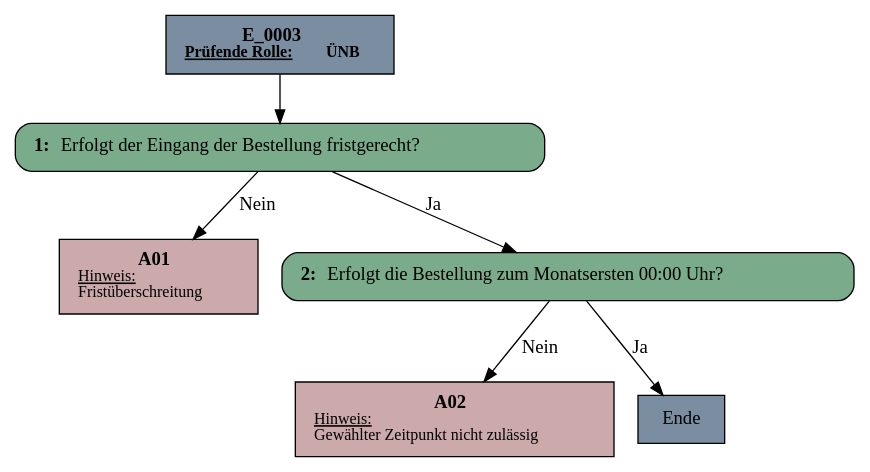
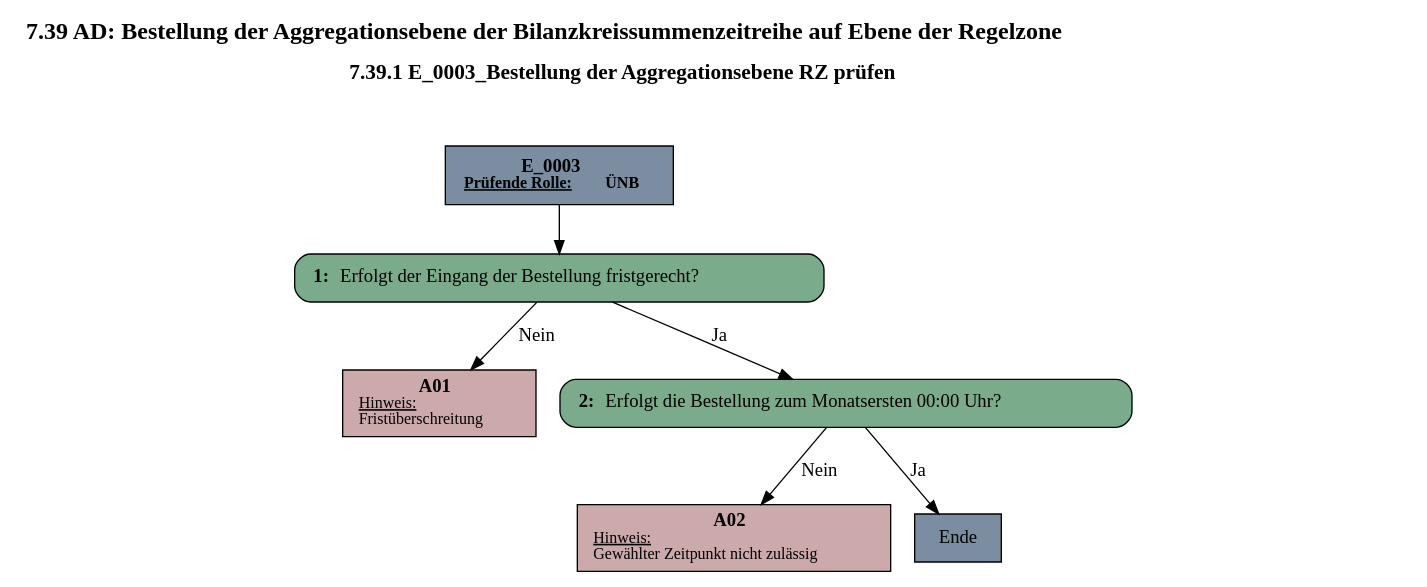
The diagram in unittests/output/E_0003.dot (Hochfrequenz/rebdhuhn), drawn with Graphviz before and after one commit. The commit also changed 10 other files, not shown here.

Commit message:
Graphviz dot output

```diff
--- a/unittests/output/E_0003.dot
+++ b/unittests/output/E_0003.dot
@@ -1,14 +1,16 @@
 digraph D {
+    labelloc="t";
+    label=<<B><FONT POINT-SIZE="18">7.39 AD: Bestellung der Aggregationsebene der Bilanzkreissummenzeitreihe auf Ebene der Regelzone</FONT></B><BR/><BR/><B><FONT POINT-SIZE="16">7.39.1 E_0003_Bestellung der Aggregationsebene RZ prüfen</FONT></B><BR/><BR/><BR/><BR/>>;
     "Start" [margin="0.2,0.12", shape=box, style=filled, fillcolor="#7a8da1", label=<<B>E_0003</B><BR align="center"/><FONT point-size="12"><B><U>Prüfende Rolle:</U> ÜNB</B></FONT><BR align="center"/>>];
-    "1" [margin="0.2,0.12", pad="2,0", shape=box, style="filled,rounded", fillcolor="#7aab8a", label=<<B>1: </B>Erfolgt der Eingang der Bestellung fristgerecht?<BR align="left"/>>];
-    "A01" [margin="0.2,0.12", shape=box, style=filled, fillcolor="#cca9ab", label=<<B>A01</B><BR align="center"/><FONT point-size="12"><U>Hinweis:</U><BR align="left"/>Fristüberschreitung<BR align="left"/></FONT>>];
-    "2" [margin="0.2,0.12", pad="2,0", shape=box, style="filled,rounded", fillcolor="#7aab8a", label=<<B>2: </B>Erfolgt die Bestellung zum Monatsersten 00:00 Uhr?<BR align="left"/>>];
-    "A02" [margin="0.2,0.12", shape=box, style=filled, fillcolor="#cca9ab", label=<<B>A02</B><BR align="center"/><FONT point-size="12"><U>Hinweis:</U><BR align="left"/>Gewählter Zeitpunkt nicht zulässig<BR align="left"/></FONT>>];
+    "1" [margin="0.2,0.12", shape=box, style="filled,rounded", fillcolor="#7aab8a", label=<<B>1: </B>Erfolgt der Eingang der Bestellung fristgerecht?<BR align="left"/>>];
+    "A01" [margin="0.17,0.08", shape=box, style=filled, fillcolor="#cca9ab", label=<<B>A01</B><BR align="center"/><FONT point-size="12"><U>Hinweis:</U><BR align="left"/>Fristüberschreitung<BR align="left"/></FONT>>];
+    "2" [margin="0.2,0.12", shape=box, style="filled,rounded", fillcolor="#7aab8a", label=<<B>2: </B>Erfolgt die Bestellung zum Monatsersten 00:00 Uhr?<BR align="left"/>>];
+    "A02" [margin="0.17,0.08", shape=box, style=filled, fillcolor="#cca9ab", label=<<B>A02</B><BR align="center"/><FONT point-size="12"><U>Hinweis:</U><BR align="left"/>Gewählter Zeitpunkt nicht zulässig<BR align="left"/></FONT>>];
     "Ende" [margin="0.2,0.12", shape=box, style=filled, fillcolor="#7a8da1", label="Ende"];
 
     "Start" -> "1";
     "1" -> "A01" [label="Nein"];
     "1" -> "2" [label="Ja"];
     "2" -> "A02" [label="Nein"];
     "2" -> "Ende" [label="Ja"];
 }
```
